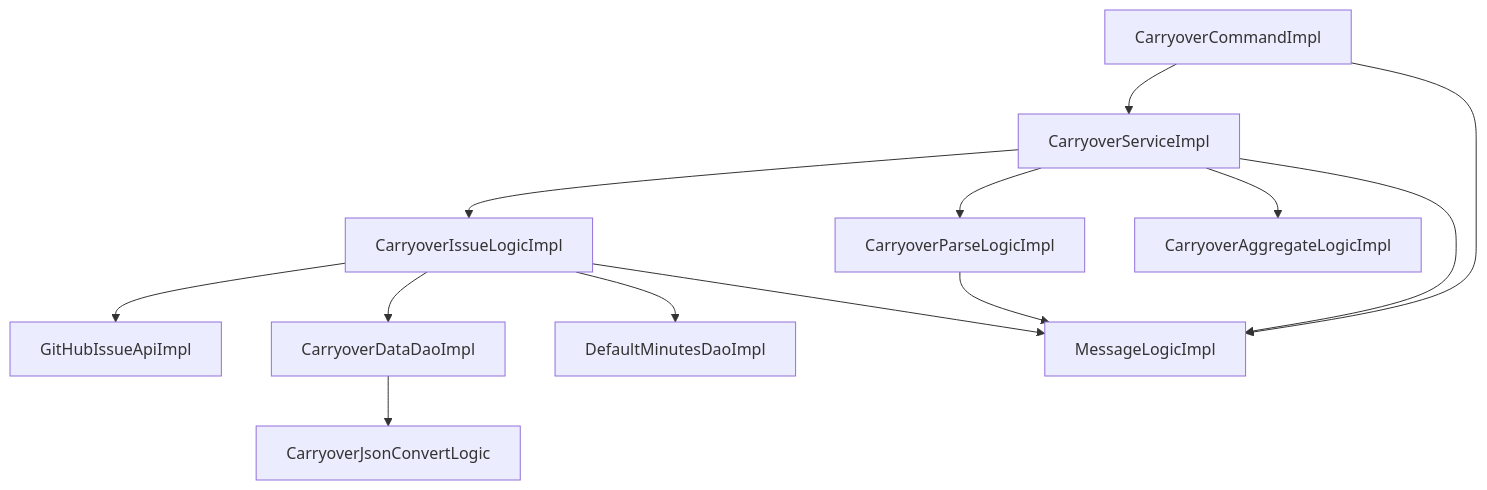
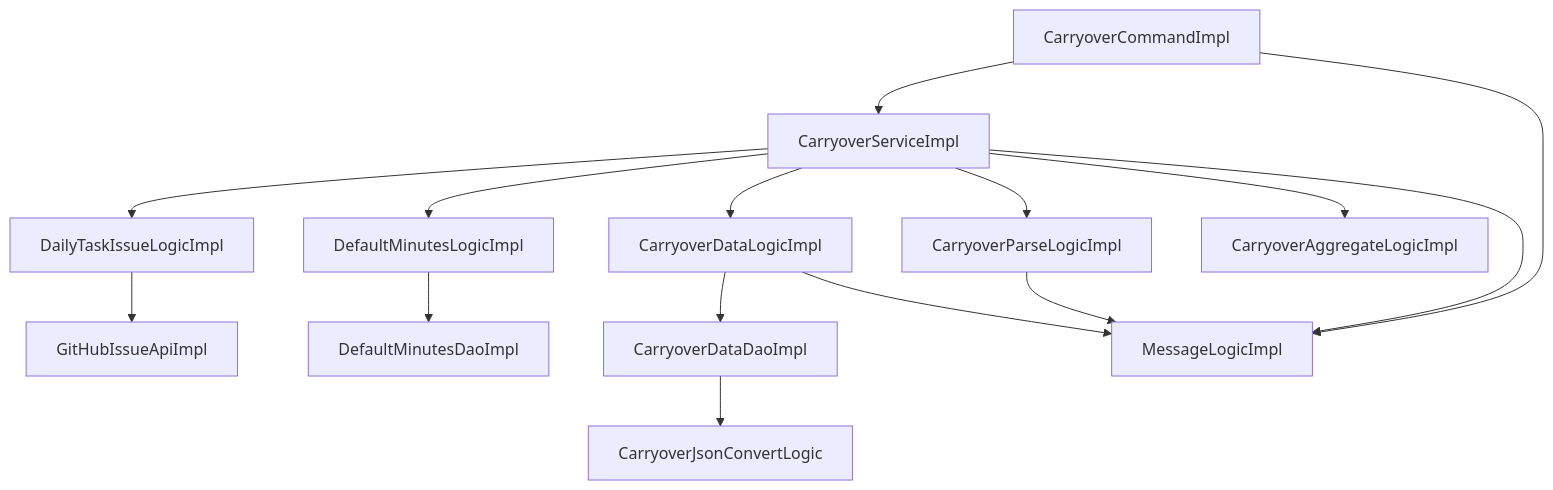
The diagram in docs/design/backend/04-modules.md (KenichiroArai/kb002_daily-tasks_doc), drawn with Mermaid before and after one commit. The commit also changed other lines of this file and 4 other files, not shown here.

````diff
--- a/docs/design/backend/04-modules.md
+++ b/docs/design/backend/04-modules.md
@@ -9,15 +9,17 @@
 ```mermaid
 flowchart TB
   command["CarryoverCommandImpl"] --> service["CarryoverServiceImpl"]
-  service --> issueLogic["CarryoverIssueLogicImpl"]
+  service --> issueLogic["DailyTaskIssueLogicImpl"]
+  service --> minutesLogic["DefaultMinutesLogicImpl"]
+  service --> dataLogic["CarryoverDataLogicImpl"]
   service --> parseLogic["CarryoverParseLogicImpl"]
   service --> aggregateLogic["CarryoverAggregateLogicImpl"]
   issueLogic --> github["GitHubIssueApiImpl"]
-  issueLogic --> dataDao["CarryoverDataDaoImpl"]
-  issueLogic --> minutesDao["DefaultMinutesDaoImpl"]
-  issueLogic --> message["MessageLogicImpl"]
+  minutesLogic --> minutesDao["DefaultMinutesDaoImpl"]
+  dataLogic --> dataDao["CarryoverDataDaoImpl"]
+  dataLogic --> message["MessageLogicImpl"]
   dataDao --> jsonConvert["CarryoverJsonConvertLogic"]
-  parseLogic --> message["MessageLogicImpl"]
+  parseLogic --> message
   service --> message
   command --> message
 ```
````
